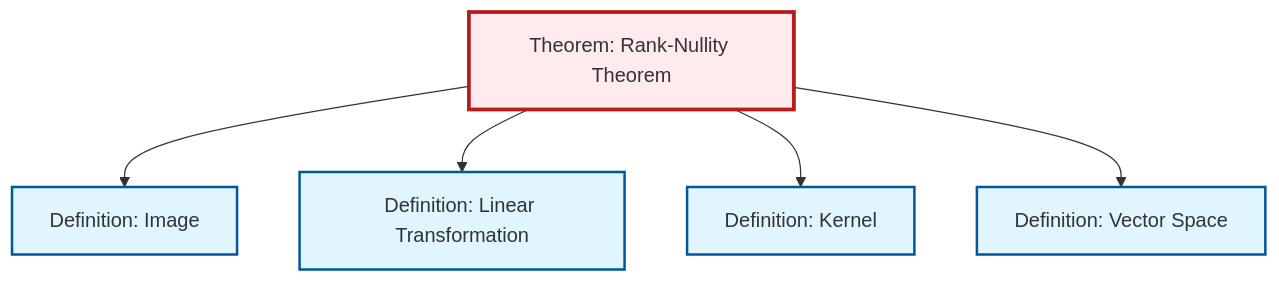
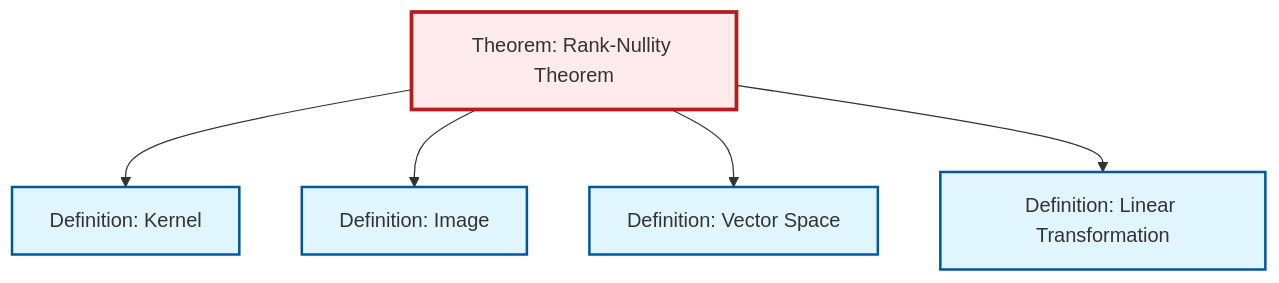
Before and after one commit to RK0429/ModernMath: the diagram in content/ja/algebra/thm-rank-nullity.qmd, drawn with Mermaid. The commit also changed other lines of this file and 474 other files, not shown here.

````diff
--- a/content/ja/algebra/thm-rank-nullity.qmd
+++ b/content/ja/algebra/thm-rank-nullity.qmd
@@ -56,23 +56,23 @@
 ```{mermaid}
 %%| fig-cap: "Local dependency graph"
 graph TD
     classDef definition fill:#e1f5fe,stroke:#01579b,stroke-width:2px
     classDef theorem fill:#f3e5f5,stroke:#4a148c,stroke-width:2px
     classDef axiom fill:#fff3e0,stroke:#e65100,stroke-width:2px
     classDef example fill:#e8f5e9,stroke:#1b5e20,stroke-width:2px
     classDef current fill:#ffebee,stroke:#b71c1c,stroke-width:3px
+    def-image["Definition: Image"]:::definition
     def-linear-transformation["Definition: Linear Transformation"]:::definition
+    def-vector-space["Definition: Vector Space"]:::definition
+    thm-rank-nullity["Theorem: Rank-Nullity Theorem"]:::theorem
     def-kernel["Definition: Kernel"]:::definition
-    def-image["Definition: Image"]:::definition
-    thm-rank-nullity["Theorem: Rank-Nullity Theorem"]:::theorem
-    def-vector-space["Definition: Vector Space"]:::definition
+    thm-rank-nullity --> def-kernel
     thm-rank-nullity --> def-image
+    thm-rank-nullity --> def-vector-space
     thm-rank-nullity --> def-linear-transformation
-    thm-rank-nullity --> def-kernel
-    thm-rank-nullity --> def-vector-space
     class thm-rank-nullity current
+    click def-image "def-image.html" "Definition: Imageへ"
     click def-linear-transformation "def-linear-transformation.html" "Definition: Linear Transformationへ"
+    click def-vector-space "def-vector-space.html" "Definition: Vector Spaceへ"
     click def-kernel "def-kernel.html" "Definition: Kernelへ"
-    click def-image "def-image.html" "Definition: Imageへ"
-    click def-vector-space "def-vector-space.html" "Definition: Vector Spaceへ"
 ```
````
